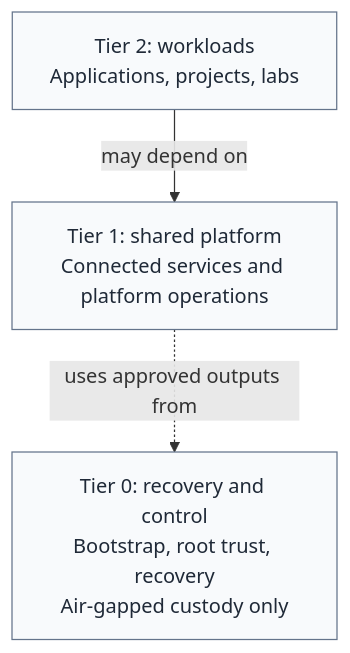
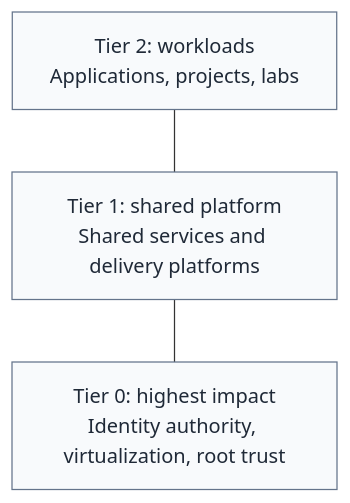
One commit to Rexus/homelab changed the second of 3 diagrams in docs/architecture/overview.md. Above: the diagram before and after it, drawn with Mermaid. The commit also changed other lines of this file and 133 other files, not shown here.

````diff
--- a/docs/architecture/overview.md
+++ b/docs/architecture/overview.md
@@ -88,12 +71,11 @@
 ```mermaid
 flowchart TB
   T2["Tier 2: workloads<br/>Applications, projects, labs"]
-  T1["Tier 1: shared platform<br/>Connected services and platform operations"]
-  T0["Tier 0: recovery and control<br/>Bootstrap, root trust, recovery<br/>Air-gapped custody only"]
+  T1["Tier 1: shared platform<br/>Shared services and delivery platforms"]
+  T0["Tier 0: highest impact<br/>Identity authority, virtualization, root trust"]
 
-  T2 -->|may depend on| T1
-  T1 -. uses approved outputs from .-> T0
+  T2 --- T1 --- T0
 
   classDef tier fill:#f8fafc,stroke:#64748b,color:#1f2937
   class T2,T1,T0 tier
 ```
````
